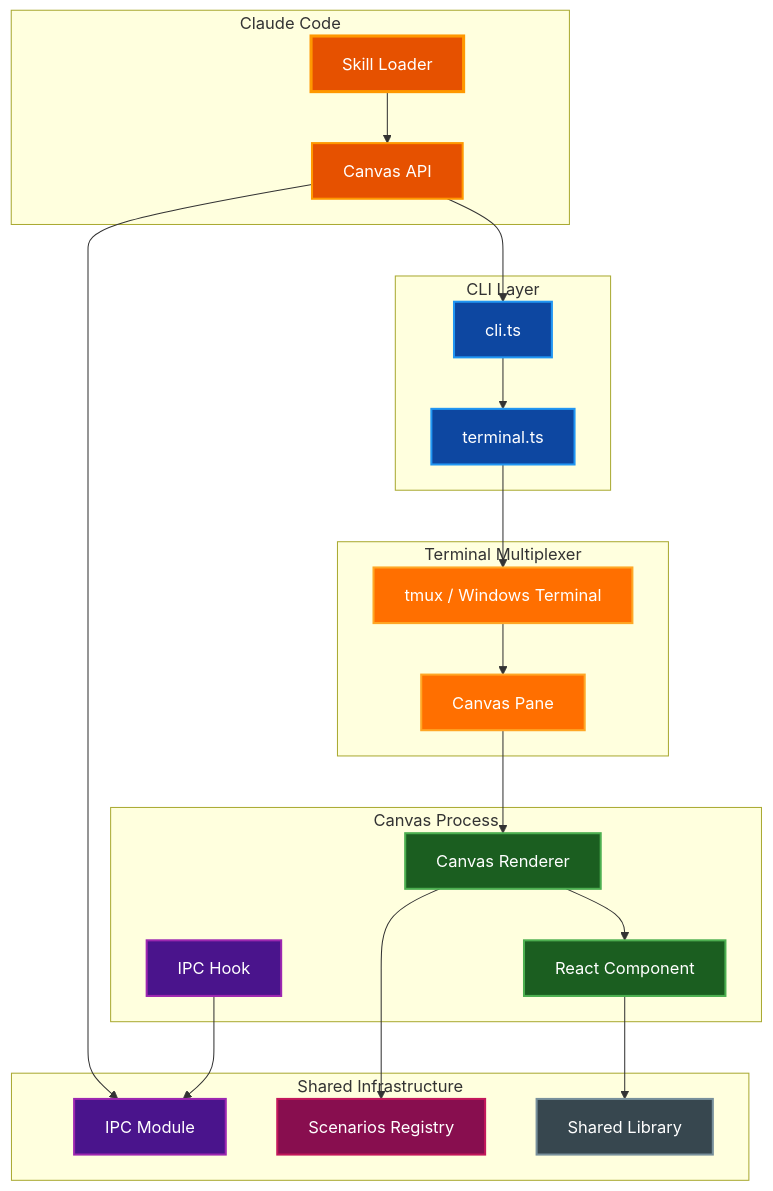
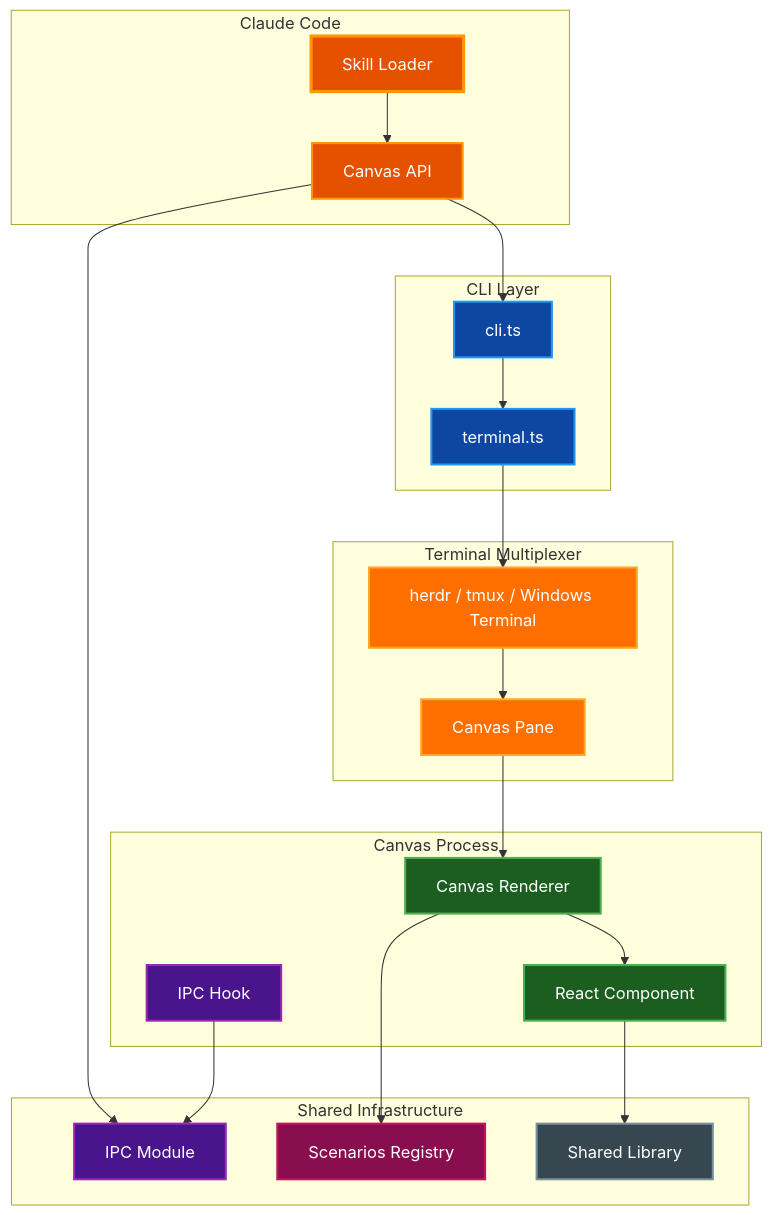
Before and after one commit to paulrobello/claude-canvas: the first of 8 diagrams in docs/ARCHITECTURE.md, drawn with Mermaid. The commit also changed other lines of this file and 9 other files, not shown here.

First line of the commit message:
feat(terminal): add herdr backend (preferred), keep tmux

````diff
--- a/docs/ARCHITECTURE.md
+++ b/docs/ARCHITECTURE.md
@@ -32,54 +32,54 @@
 ```mermaid
 graph TB
     subgraph "Claude Code"
         Skill[Skill Loader]
         API[Canvas API]
     end
 
     subgraph "CLI Layer"
         CLI[cli.ts]
         Terminal[terminal.ts]
     end
 
     subgraph "Canvas Process"
         Renderer[Canvas Renderer]
         IPC_Hook[IPC Hook]
         Component[React Component]
     end
 
     subgraph "Shared Infrastructure"
         IPC[IPC Module]
         Scenarios[Scenarios Registry]
         Shared[Shared Library]
     end
 
     subgraph "Terminal Multiplexer"
-        tmux[tmux / Windows Terminal]
+        herdr_tmux[herdr / tmux / Windows Terminal]
         Pane[Canvas Pane]
     end
 
     Skill --> API
     API --> CLI
     CLI --> Terminal
-    Terminal --> tmux
-    tmux --> Pane
+    Terminal --> herdr_tmux
+    herdr_tmux --> Pane
     Pane --> Renderer
     Renderer --> Component
     Component --> Shared
     IPC_Hook --> IPC
     API --> IPC
     Renderer --> Scenarios
 
     style Skill fill:#e65100,stroke:#ff9800,stroke-width:3px,color:#ffffff
     style API fill:#e65100,stroke:#ff9800,stroke-width:2px,color:#ffffff
     style CLI fill:#0d47a1,stroke:#2196f3,stroke-width:2px,color:#ffffff
     style Terminal fill:#0d47a1,stroke:#2196f3,stroke-width:2px,color:#ffffff
     style Renderer fill:#1b5e20,stroke:#4caf50,stroke-width:2px,color:#ffffff
     style Component fill:#1b5e20,stroke:#4caf50,stroke-width:2px,color:#ffffff
     style IPC fill:#4a148c,stroke:#9c27b0,stroke-width:2px,color:#ffffff
     style Scenarios fill:#880e4f,stroke:#c2185b,stroke-width:2px,color:#ffffff
     style Shared fill:#37474f,stroke:#78909c,stroke-width:2px,color:#ffffff
-    style tmux fill:#ff6f00,stroke:#ffa726,stroke-width:2px,color:#ffffff
+    style herdr_tmux fill:#ff6f00,stroke:#ffa726,stroke-width:2px,color:#ffffff
     style Pane fill:#ff6f00,stroke:#ffa726,stroke-width:2px,color:#ffffff
     style IPC_Hook fill:#4a148c,stroke:#9c27b0,stroke-width:2px,color:#ffffff
 ```
````
